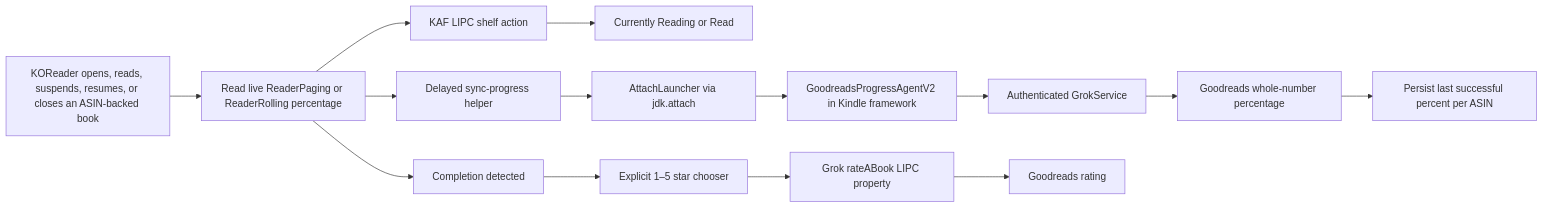
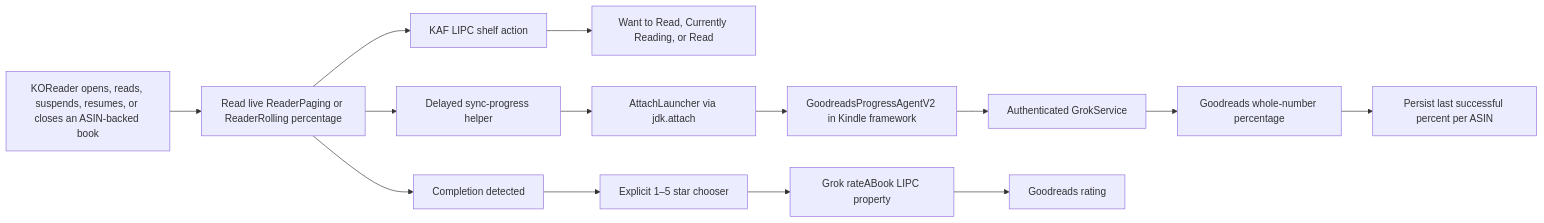
Before and after one commit to soloipd/koreader-goodreads-native: the diagram in docs/architecture.md, drawn with Mermaid. The commit also changed other lines of this file and 10 other files, not shown here.

````diff
--- a/docs/architecture.md
+++ b/docs/architecture.md
@@ -6,16 +6,16 @@
 ```mermaid
 flowchart LR
     A["KOReader opens, reads, suspends, resumes, or closes an ASIN-backed book"] --> B["Read live ReaderPaging or ReaderRolling percentage"]
     B --> C["KAF LIPC shelf action"]
-    C --> D["Currently Reading or Read"]
+    C --> D["Want to Read, Currently Reading, or Read"]
     B --> E["Delayed sync-progress helper"]
     E --> F["AttachLauncher via jdk.attach"]
     F --> G["GoodreadsProgressAgentV2 in Kindle framework"]
     G --> H["Authenticated GrokService"]
     H --> I["Goodreads whole-number percentage"]
     I --> J["Persist last successful percent per ASIN"]
     B --> K["Completion detected"]
     K --> L["Explicit 1–5 star chooser"]
     L --> M["Grok rateABook LIPC property"]
     M --> N["Goodreads rating"]
 ```
````
